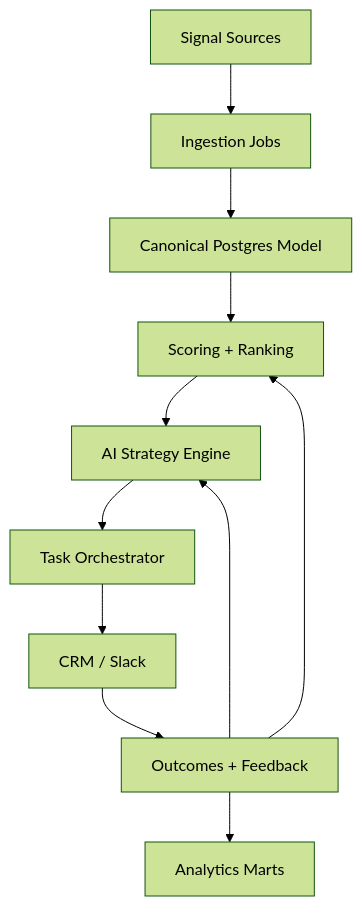
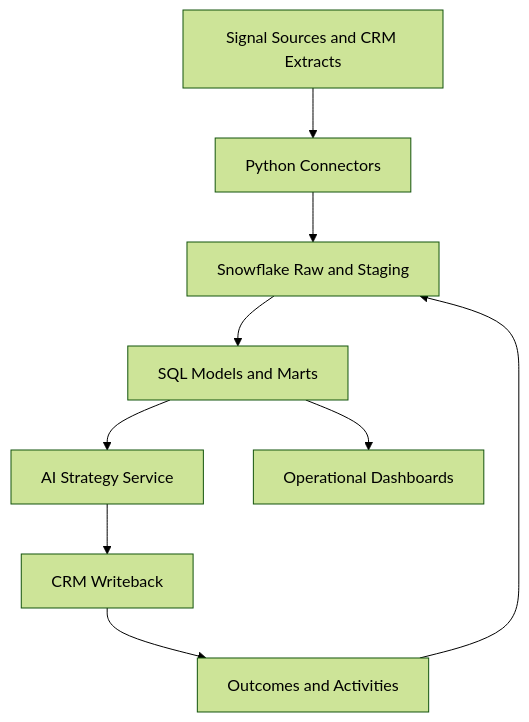
The diagram in docs/diagrams/system-context.md (yghias/dealflow-ai-engine), drawn with Mermaid (forest theme) before and after one commit. The commit also changed 82 other files, not shown here.

Commit message:
Refactor repository for SQL-first platform architecture

````diff
--- a/docs/diagrams/system-context.md
+++ b/docs/diagrams/system-context.md
@@ -3,13 +3,11 @@
 ```mermaid
 flowchart TB
-    A["Signal Sources"] --> B["Ingestion Jobs"]
-    B --> C["Canonical Postgres Model"]
-    C --> D["Scoring + Ranking"]
-    D --> E["AI Strategy Engine"]
-    E --> F["Task Orchestrator"]
-    F --> G["CRM / Slack"]
-    G --> H["Outcomes + Feedback"]
-    H --> I["Analytics Marts"]
-    H --> D
-    H --> E
+    A["Signal Sources and CRM Extracts"] --> B["Python Connectors"]
+    B --> C["Snowflake Raw and Staging"]
+    C --> D["SQL Models and Marts"]
+    D --> E["AI Strategy Service"]
+    D --> F["Operational Dashboards"]
+    E --> G["CRM Writeback"]
+    G --> H["Outcomes and Activities"]
+    H --> C
 ```
````
